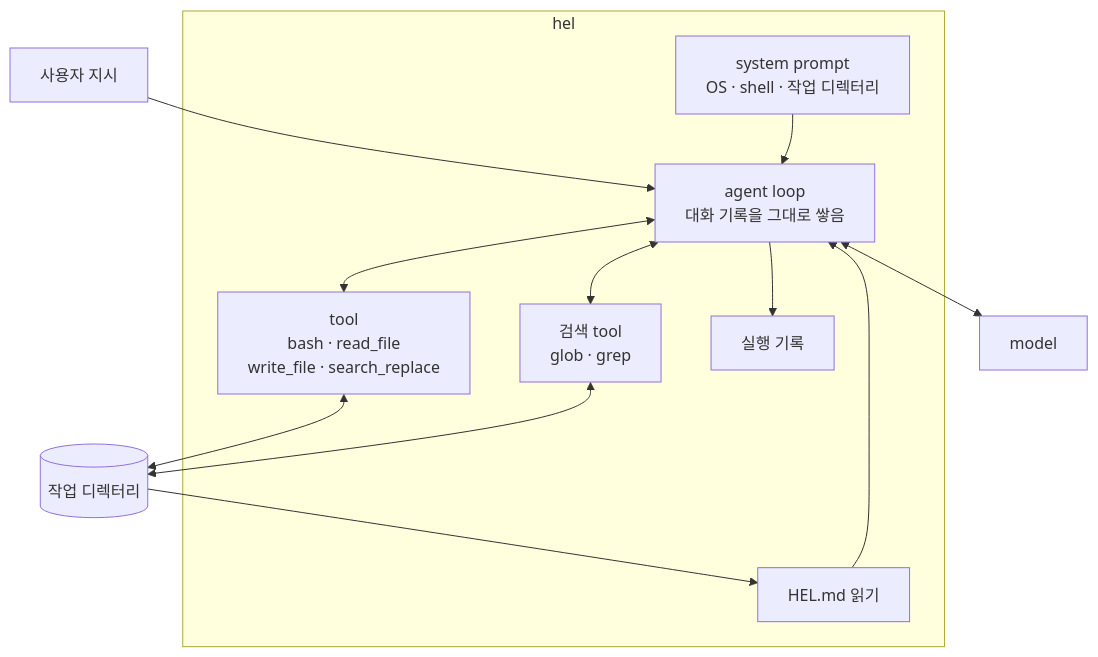
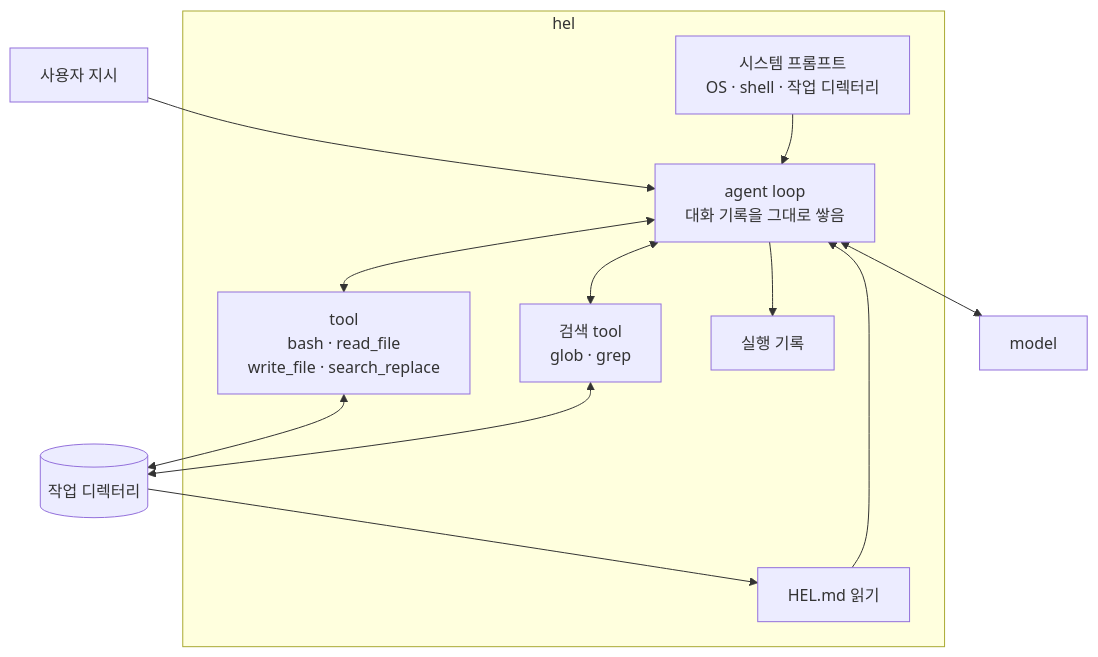
Before and after one commit to jammer-droid/HEL: the first of 2 diagrams in guide/src/parts/part3-context.md, drawn with Mermaid. The commit also changed other lines of this file and 69 other files, not shown here.

````diff
--- a/guide/src/parts/part3-context.md
+++ b/guide/src/parts/part3-context.md
@@ -11,21 +11,21 @@
 ```mermaid
 flowchart TB
     U[사용자 지시] --> L
     subgraph H[hel]
-        P[system prompt<br/>OS · shell · 작업 디렉터리]
+        P[시스템 프롬프트<br/>OS · shell · 작업 디렉터리]
         C[HEL.md 읽기]
         L[agent loop<br/>대화 기록을 그대로 쌓음]
         T[tool<br/>bash · read_file<br/>write_file · search_replace]
         S[검색 tool<br/>glob · grep]
         R[실행 기록]
     end
     P --> L
     C --> L
     L <--> M[model]
     L <--> T
     L <--> S
     L --> R
     T <--> W[(작업 디렉터리)]
     S <--> W
     W --> C
 ```
````
